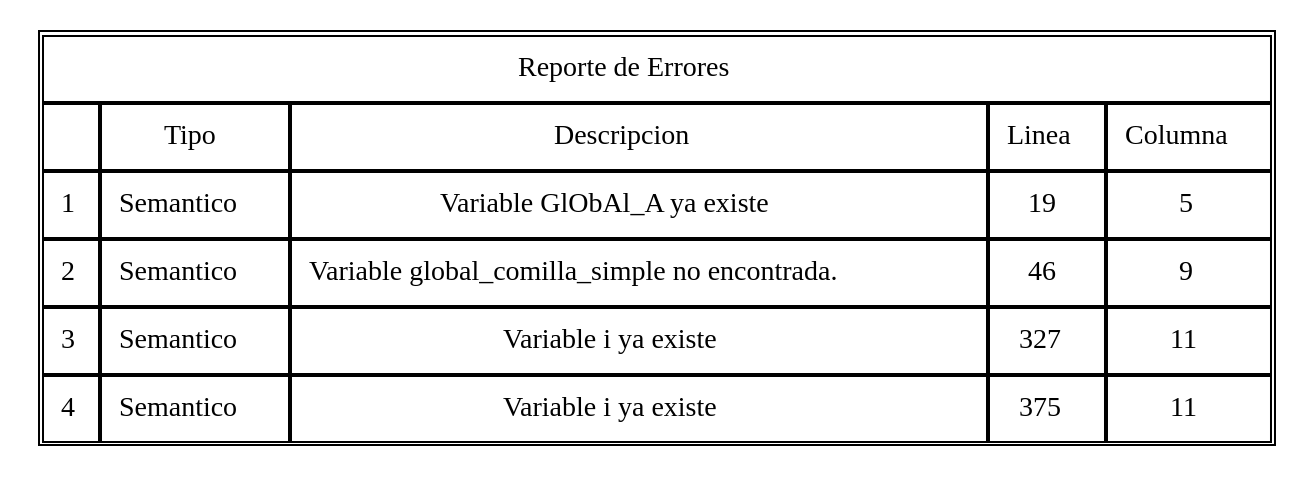
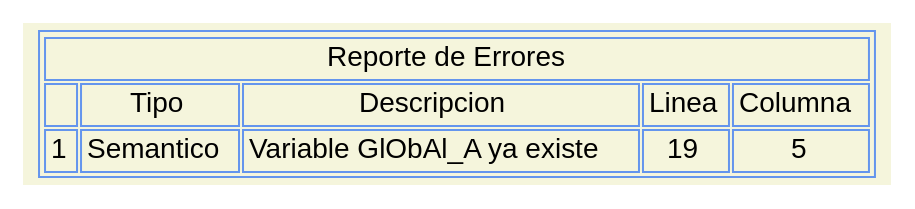
One commit to Potzmevi/JPREditor changed the diagram in ProyectoCompi1/tablaErrores.dot. Above: the diagram before and after it, drawn with Graphviz. The commit also changed 87 other files, not shown here.

```diff
--- a/ProyectoCompi1/tablaErrores.dot
+++ b/ProyectoCompi1/tablaErrores.dot
@@ -1,14 +1,11 @@
 digraph errores {
 tbl [
- shape = plaintext
+ shape = plaintext, color=cornflowerblue,fillcolor=beige, style=filled,fontname = "helvetica"
 label=<
-<table border="1" cellborder="1" cellspacing="1" cellpadding="8">
+<table  >
 <tr> <td colspan='5'>Reporte de Errores</td> </tr> 
 <tr> <td> </td> <td>Tipo</td> <td>Descripcion</td> <td>Linea</td> <td>Columna</td> </tr> 
 <tr> <td>1</td> <td>Semantico</td> <td>Variable GlObAl_A ya existe</td> <td>19</td> <td>5</td> </tr> 
-<tr> <td>2</td> <td>Semantico</td> <td>Variable global_comilla_simple no encontrada.</td> <td>46</td> <td>9</td> </tr> 
-<tr> <td>3</td> <td>Semantico</td> <td>Variable i ya existe</td> <td>327</td> <td>11</td> </tr> 
-<tr> <td>4</td> <td>Semantico</td> <td>Variable i ya existe</td> <td>375</td> <td>11</td> </tr> 
 </table>
 >];
 }
```
